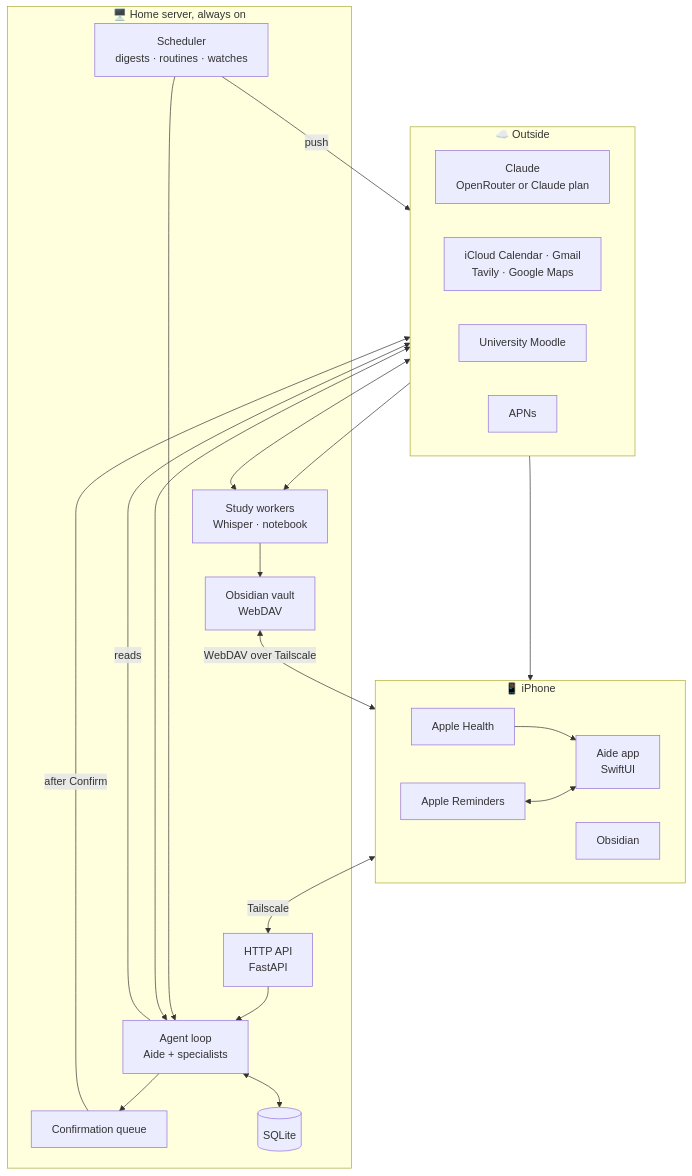
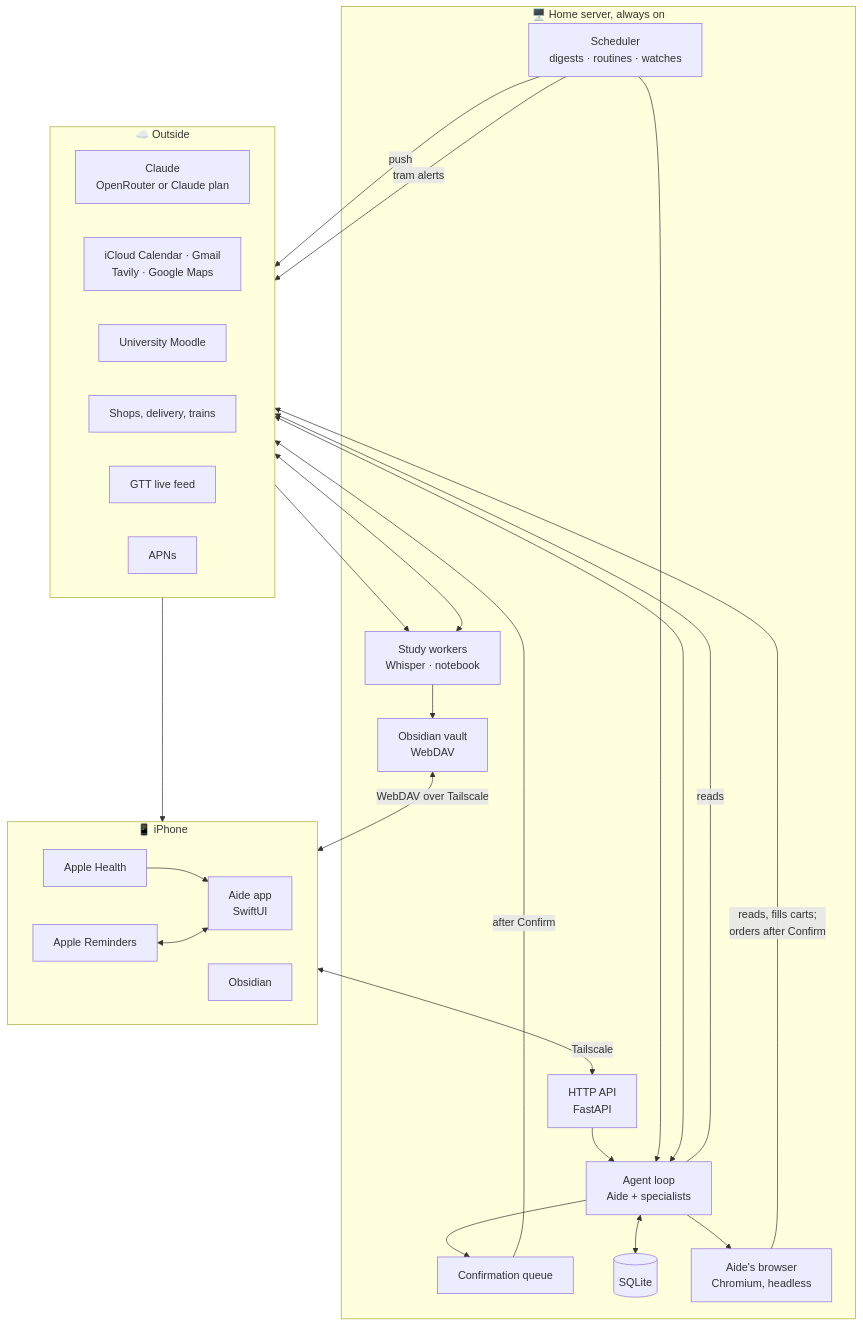
The first of 3 diagrams in README.md (filippocappa/aide), drawn with Mermaid before and after one commit. The commit also changed other lines of this file and 1 other file, not shown here.

Commit message:
README: errands on the web (logins, what waits for Confirm, Chromium setup), trams, Today, routines, Live Activities, the new files

````diff
--- a/README.md
+++ b/README.md
@@ -36,40 +40,45 @@
 ```mermaid
 flowchart TB
     subgraph Phone["📱 iPhone"]
         direction LR
         HK["Apple Health"] --> App["Aide app<br/>SwiftUI"]
         EK["Apple Reminders"] <--> App
         Obs["Obsidian"]
     end
 
     subgraph Server["🖥️ Home server, always on"]
         API["HTTP API<br/>FastAPI"]
         Sched["Scheduler<br/>digests · routines · watches"]
         Loop["Agent loop<br/>Aide + specialists"]
         Queue["Confirmation queue"]
         DB[("SQLite")]
         Workers["Study workers<br/>Whisper · notebook"]
         Vault["Obsidian vault<br/>WebDAV"]
+        Browser["Aide's browser<br/>Chromium, headless"]
     end
 
     subgraph Outside["☁️ Outside"]
         direction LR
         LLM["Claude<br/>OpenRouter or Claude plan"]
         Services["iCloud Calendar · Gmail<br/>Tavily · Google Maps"]
         Moodle["University Moodle"]
+        Sites["Shops, delivery, trains"]
+        GTT["GTT live feed"]
         APNs["APNs"]
     end
 
     App <-->|"Tailscale"| API
     API --> Loop
     Sched --> Loop
     Loop <--> DB
     Loop <--> LLM
     Loop -->|"reads"| Services
     Loop --> Queue -->|"after Confirm"| Services
     Moodle --> Workers
     Workers <--> LLM
     Workers --> Vault
     Vault <-->|"WebDAV over Tailscale"| Obs
     Sched -->|"push"| APNs --> App
+    Loop --> Browser -->|"reads, fills carts;<br/>orders after Confirm"| Sites
+    Sched -->|"tram alerts"| GTT
 ```
````
